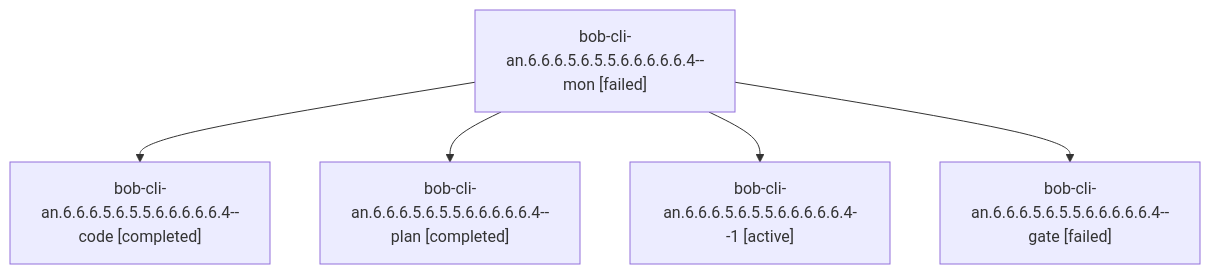
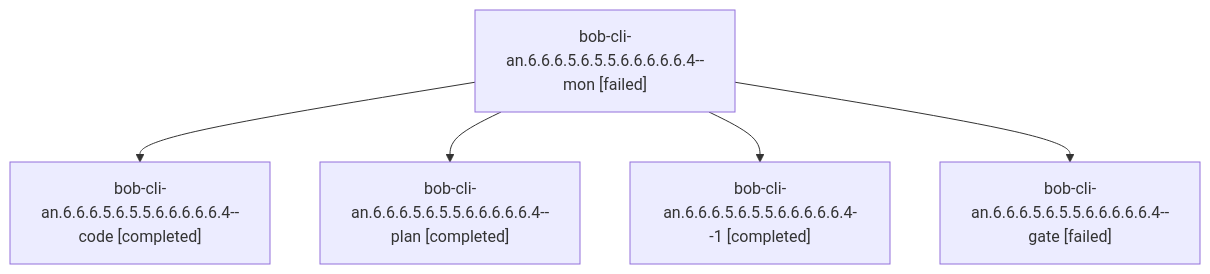
One commit to bobs-org/bob-cli--agents changed the diagram in sessions/bbugyi200.athena.bob-cli-an.6.6.6.5.6.5.5.6.6.6.6.6.4.md. Above: the diagram before and after it, drawn with Mermaid. The commit also changed other lines of this file and 230 other files, not shown here.

````diff
--- a/sessions/bbugyi200.athena.bob-cli-an.6.6.6.5.6.5.5.6.6.6.6.6.4.md
+++ b/sessions/bbugyi200.athena.bob-cli-an.6.6.6.5.6.5.5.6.6.6.6.6.4.md
@@ -9,12 +9,12 @@
 ```mermaid
 flowchart TD
   n0["bob-cli-an.6.6.6.5.6.5.5.6.6.6.6.6.4--mon [failed]"]
   n1["bob-cli-an.6.6.6.5.6.5.5.6.6.6.6.6.4--code [completed]"]
   n0 --> n1
   n2["bob-cli-an.6.6.6.5.6.5.5.6.6.6.6.6.4--plan [completed]"]
   n0 --> n2
-  n3["bob-cli-an.6.6.6.5.6.5.5.6.6.6.6.6.4--1 [active]"]
+  n3["bob-cli-an.6.6.6.5.6.5.5.6.6.6.6.6.4--1 [completed]"]
   n0 --> n3
   n4["bob-cli-an.6.6.6.5.6.5.5.6.6.6.6.6.4--gate [failed]"]
   n0 --> n4
 ```
````
